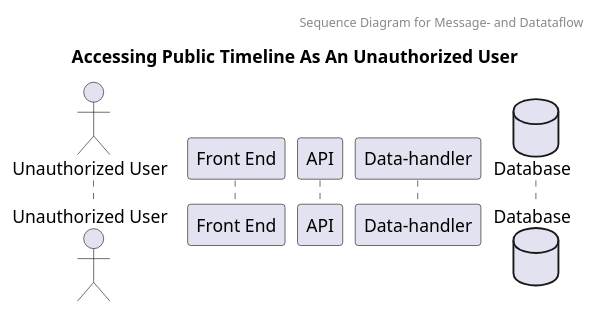
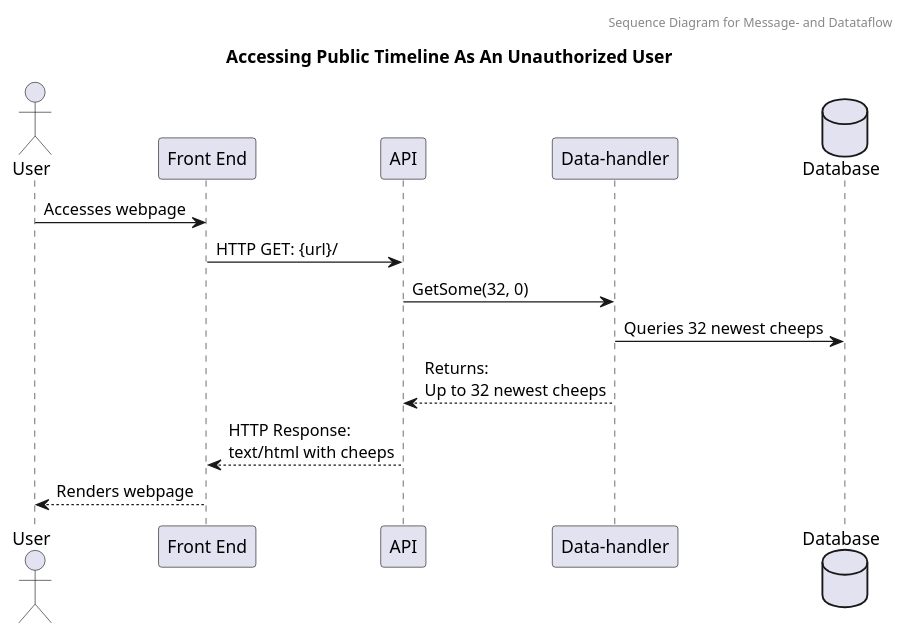
One commit to ITU-BDSA23-GROUP10/Chirp changed the diagram in docs/report_diagrams/UML_sequence_diagrams/msg_data_flow_UML_seq.puml. Above: the diagram before and after it, drawn with PlantUML.

Commit message:
Completed seq diagram: Accessing public timeline as an Unauth-User

```diff
--- a/docs/report_diagrams/UML_sequence_diagrams/msg_data_flow_UML_seq.puml
+++ b/docs/report_diagrams/UML_sequence_diagrams/msg_data_flow_UML_seq.puml
@@ -1,13 +1,20 @@
 @startuml
 
 header Sequence Diagram for Message- and Datataflow
 Title Accessing Public Timeline As An Unauthorized User
 
 
-actor "Unauthorized User" as UnauthorizedUser
+actor "User" as Us
 participant "Front End" as Fe
 participant "API" as Api
 participant "Data-handler" as Dh
 database "Database" as Db 
 
+Us -> Fe: Accesses webpage
+Fe -> Api: HTTP GET: {url}/
+Api -> Dh: GetSome(32, 0)
+Dh -> Db: Queries 32 newest cheeps
+Dh --> Api: Returns:\nUp to 32 newest cheeps
+Api --> Fe: HTTP Response:\ntext/html with cheeps
+Fe --> Us: Renders webpage
 @enduml
```
